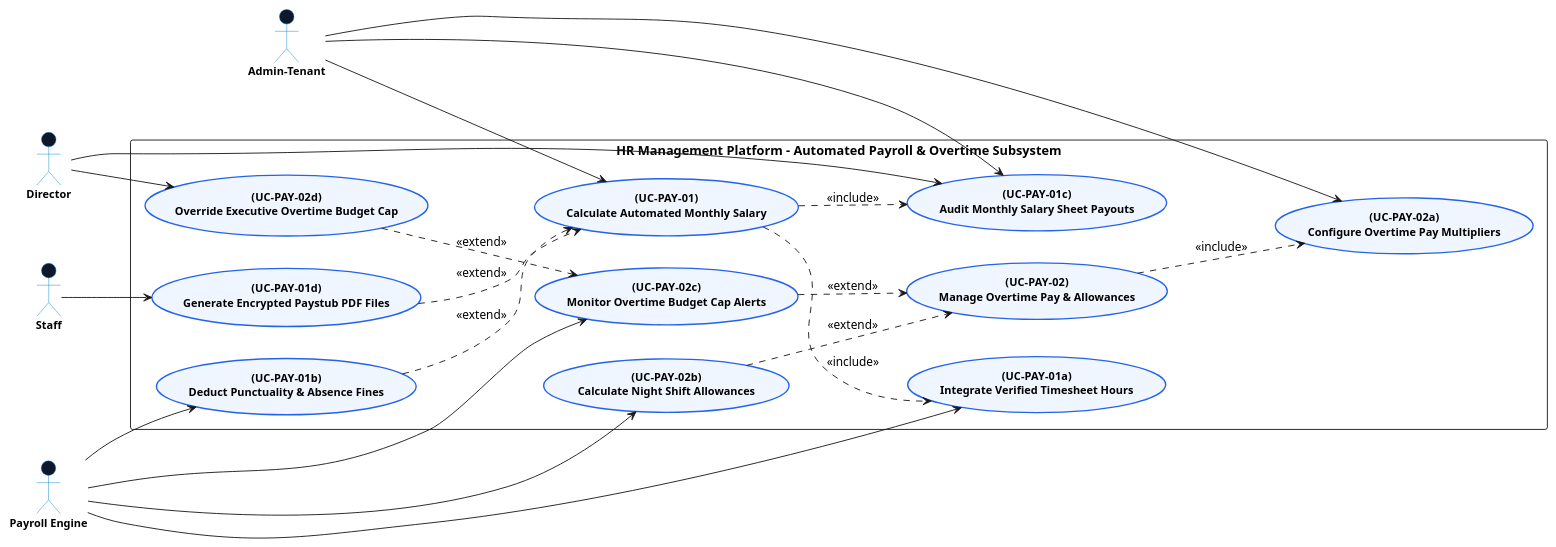
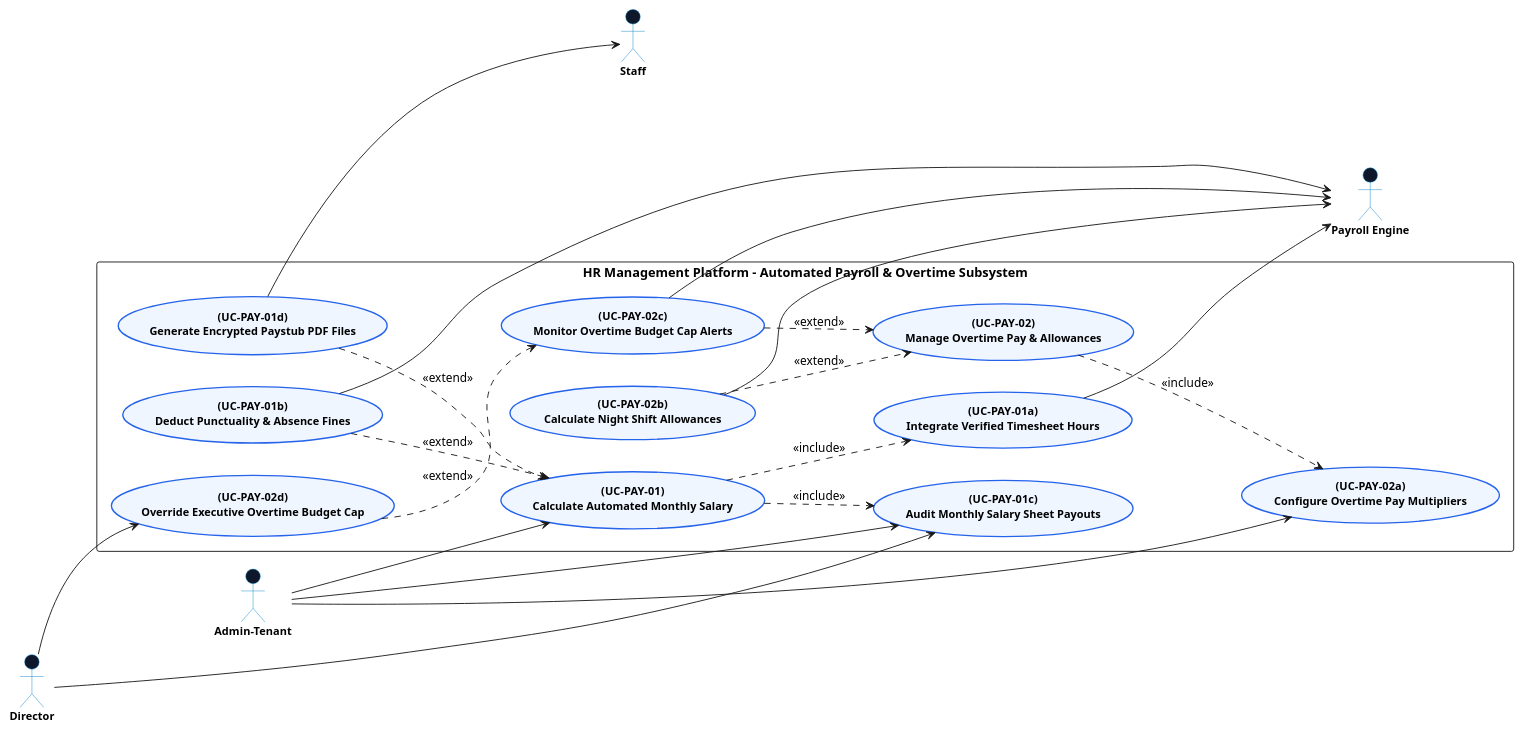
The diagram in docs/usecase_diagram/payroll_invoicing/AutomatedPayrollDiagram.md (Dikhang1112/Monitoring_HR), drawn with PlantUML before and after one commit. The commit also changed other lines of this file and 17 other files, not shown here.

Commit message:
Usecase diagram of payroll

```diff
--- a/docs/usecase_diagram/payroll_invoicing/AutomatedPayrollDiagram.md
+++ b/docs/usecase_diagram/payroll_invoicing/AutomatedPayrollDiagram.md
@@ -32,15 +32,13 @@
 }
 
 ' =====================================================
-' ACTORS
+' PRIMARY ACTORS (LEFT SIDE)
 ' =====================================================
 actor "Admin-Tenant" as ADMIN
 actor "Director" as DIR
-actor "Staff" as EMP
-actor "Payroll Engine" as PAY_ENGINE
 
 ' =====================================================
-' SYSTEM BOUNDARY & USE CASES
+' SYSTEM BOUNDARY & USE CASES (CENTER)
 ' =====================================================
 rectangle "HR Management Platform - Automated Payroll & Overtime Subsystem" {
     
@@ -60,8 +58,15 @@
 }
 
 ' =====================================================
+' SECONDARY ACTORS (RIGHT SIDE)
+' =====================================================
+actor "Staff" as EMP
+actor "Payroll Engine" as PAY_ENGINE
+
+' =====================================================
 ' ACTOR CONNECTIONS
 ' =====================================================
+' Left Actors to Use Cases
 ADMIN --> UC_PAY01
 ADMIN --> UC_PAY01C
 ADMIN --> UC_PAY02A
@@ -69,12 +74,13 @@
 DIR --> UC_PAY01C
 DIR --> UC_PAY02D
 
-EMP --> UC_PAY01D
+' Use Cases to Right Actors
+UC_PAY01D --> EMP
 
-PAY_ENGINE --> UC_PAY01A
-PAY_ENGINE --> UC_PAY01B
-PAY_ENGINE --> UC_PAY02B
-PAY_ENGINE --> UC_PAY02C
+UC_PAY01A --> PAY_ENGINE
+UC_PAY01B --> PAY_ENGINE
+UC_PAY02B --> PAY_ENGINE
+UC_PAY02C --> PAY_ENGINE
 
 ' =====================================================
 ' INCLUDE & EXTEND RELATIONSHIPS
```
